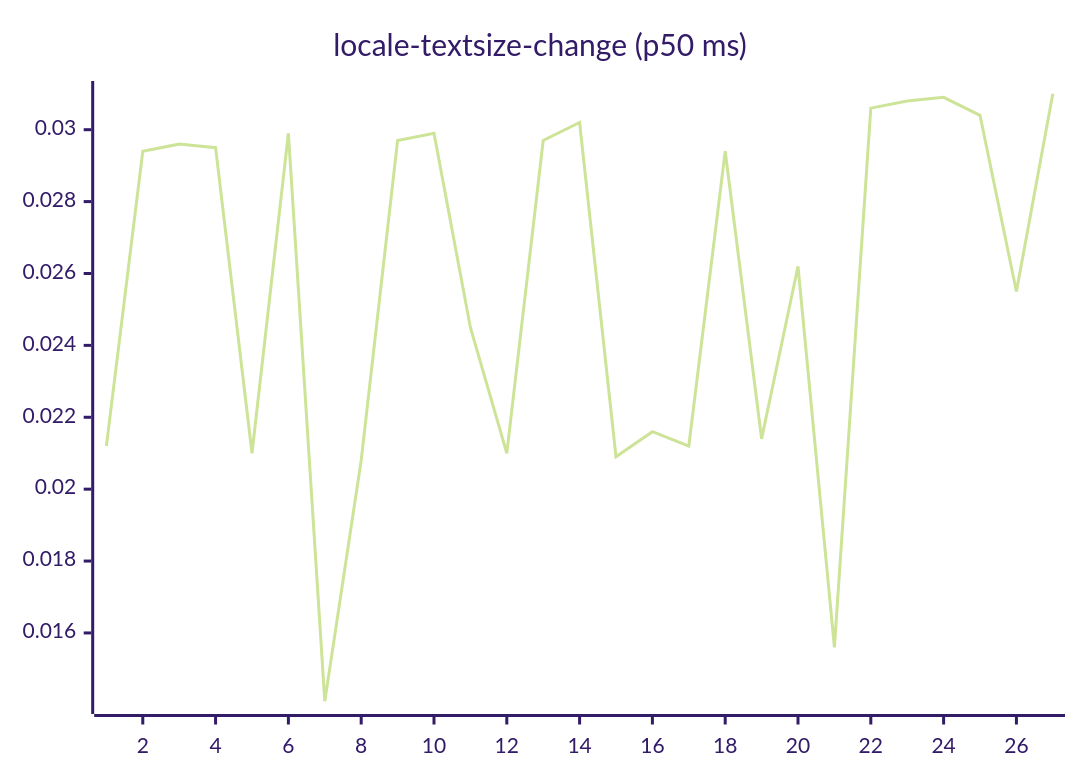
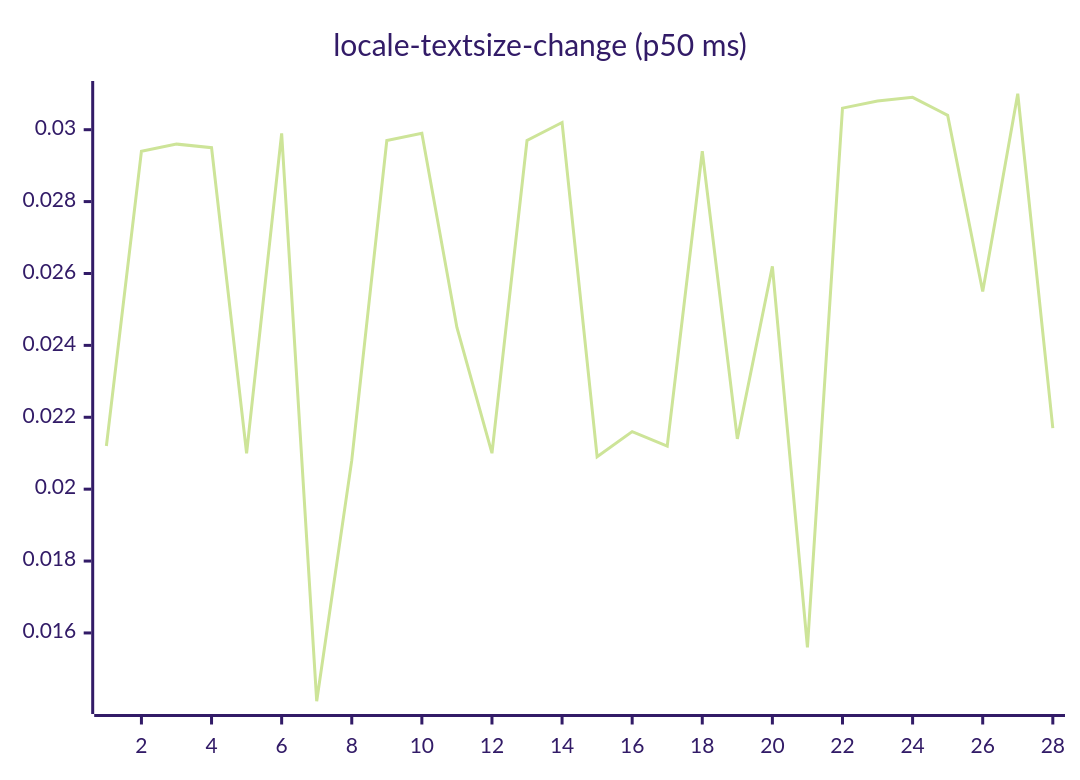
Diagram 13 of 27 in README.md (josha/Facet), drawn with Mermaid (forest theme) before and after one commit. The commit also changed other lines of this file and 2 other files, not shown here.

````diff
--- a/README.md
+++ b/README.md
@@ -147,6 +147,6 @@
 ```mermaid
 xychart-beta
     title "locale-textsize-change (p50 ms)"
-    x-axis 1 --> 27
-    line [0.0212, 0.0294, 0.0296, 0.0295, 0.0210, 0.0299, 0.0141, 0.0208, 0.0297, 0.0299, 0.0245, 0.0210, 0.0297, 0.0302, 0.0209, 0.0216, 0.0212, 0.0294, 0.0214, 0.0262, 0.0156, 0.0306, 0.0308, 0.0309, 0.0304, 0.0255, 0.0310]
+    x-axis 1 --> 28
+    line [0.0212, 0.0294, 0.0296, 0.0295, 0.0210, 0.0299, 0.0141, 0.0208, 0.0297, 0.0299, 0.0245, 0.0210, 0.0297, 0.0302, 0.0209, 0.0216, 0.0212, 0.0294, 0.0214, 0.0262, 0.0156, 0.0306, 0.0308, 0.0309, 0.0304, 0.0255, 0.0310, 0.0217]
 ```
````
